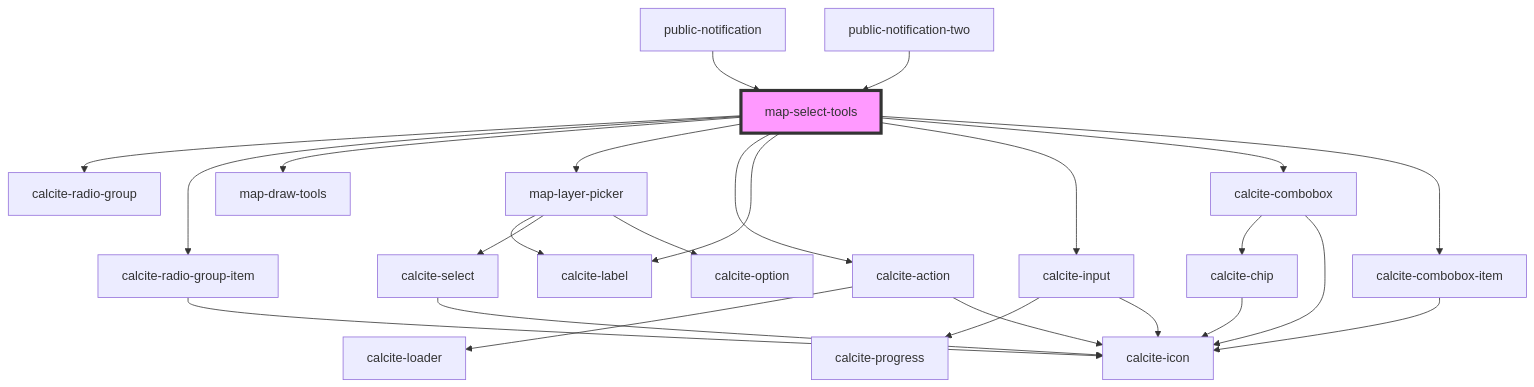
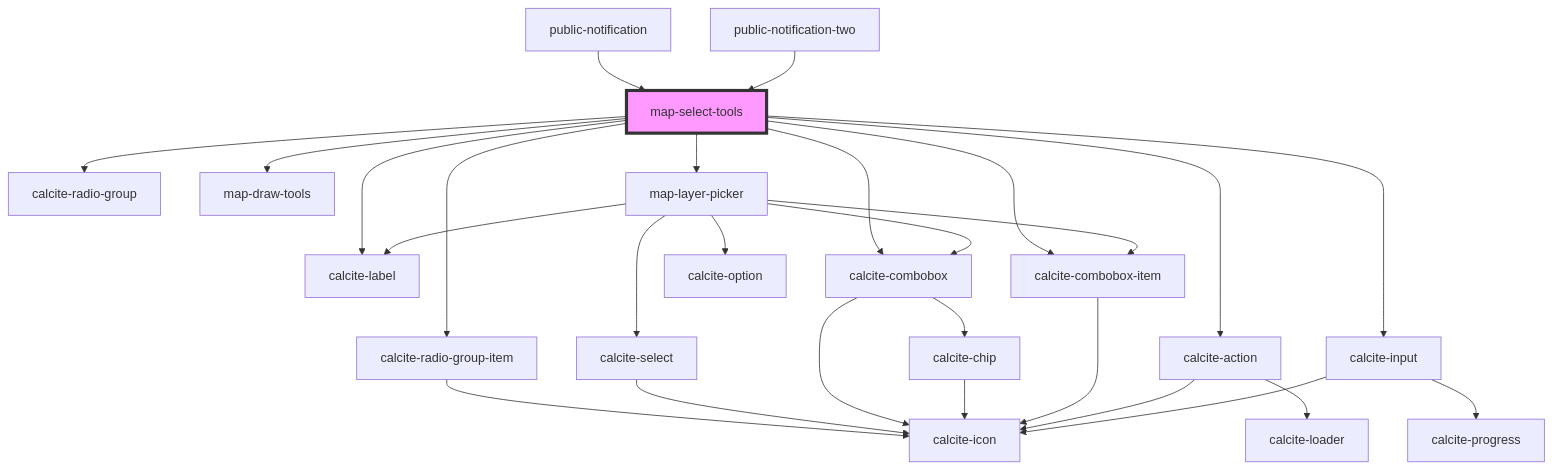
Before and after one commit to Esri/solutions-components: the diagram in src/components/map-select-tools/readme.md, drawn with Mermaid. The commit also changed 12 other files, not shown here.

````diff
--- a/src/components/map-select-tools/readme.md
+++ b/src/components/map-select-tools/readme.md
@@ -48,28 +48,30 @@
 ```mermaid
 graph TD;
   map-select-tools --> calcite-radio-group
   map-select-tools --> calcite-radio-group-item
   map-select-tools --> map-draw-tools
   map-select-tools --> map-layer-picker
   map-select-tools --> calcite-action
   map-select-tools --> calcite-label
   map-select-tools --> calcite-input
   map-select-tools --> calcite-combobox
   map-select-tools --> calcite-combobox-item
   calcite-radio-group-item --> calcite-icon
   map-layer-picker --> calcite-label
   map-layer-picker --> calcite-select
+  map-layer-picker --> calcite-combobox
+  map-layer-picker --> calcite-combobox-item
   map-layer-picker --> calcite-option
   calcite-select --> calcite-icon
+  calcite-combobox --> calcite-chip
+  calcite-combobox --> calcite-icon
+  calcite-chip --> calcite-icon
+  calcite-combobox-item --> calcite-icon
   calcite-action --> calcite-loader
   calcite-action --> calcite-icon
   calcite-input --> calcite-progress
   calcite-input --> calcite-icon
-  calcite-combobox --> calcite-chip
-  calcite-combobox --> calcite-icon
-  calcite-chip --> calcite-icon
-  calcite-combobox-item --> calcite-icon
   public-notification --> map-select-tools
   public-notification-two --> map-select-tools
   style map-select-tools fill:#f9f,stroke:#333,stroke-width:4px
 ```
````
